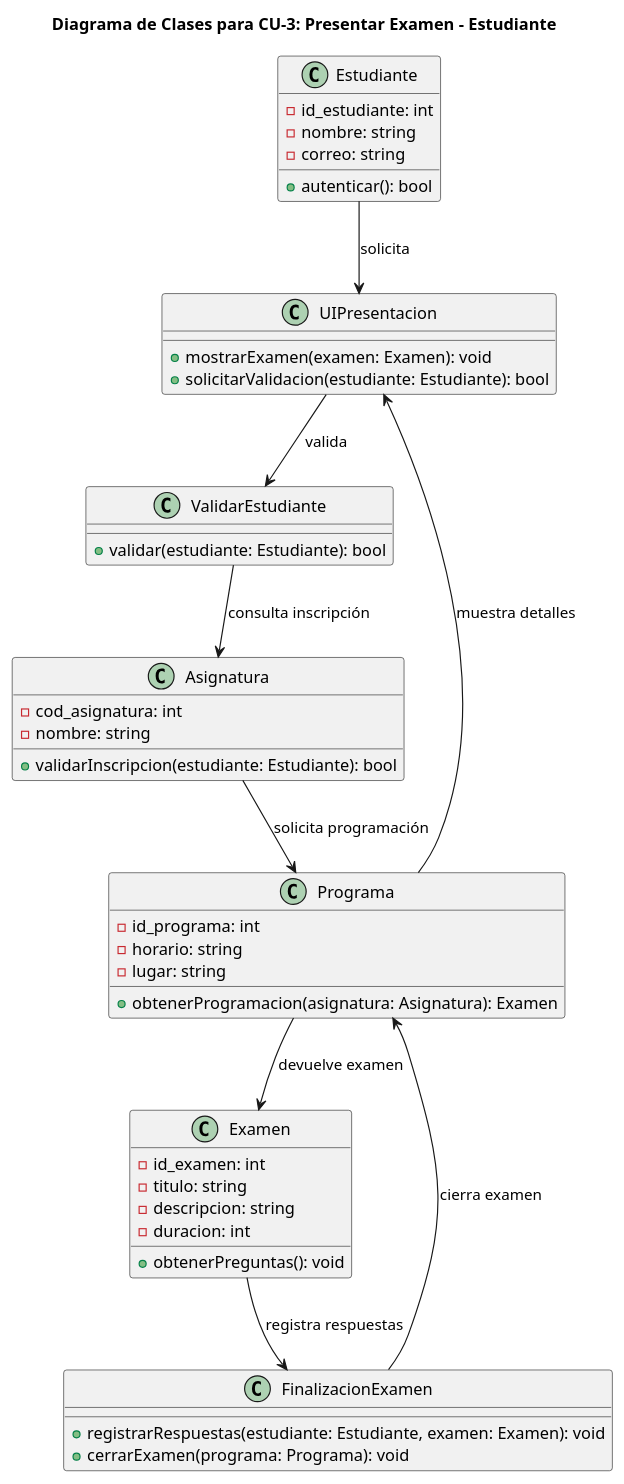
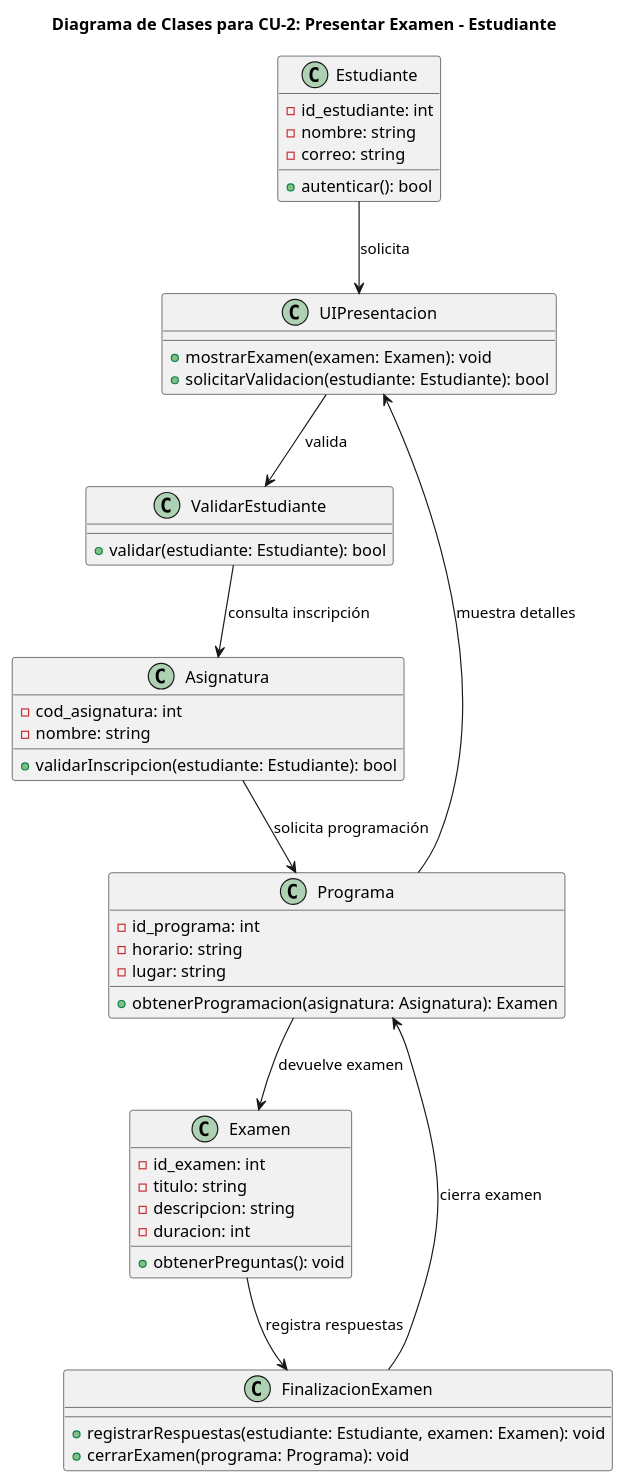
The diagram in Diagramas/DCS_CU2_presentar_examen_estudiante.wsd (EdwinGuevarahub/Ingenieria-de-software-I), drawn with PlantUML before and after one commit. The commit also changed 1 other file, not shown here.

```diff
--- a/Diagramas/DCS_CU2_presentar_examen_estudiante.wsd
+++ b/Diagramas/DCS_CU2_presentar_examen_estudiante.wsd
@@ -1,54 +1,54 @@
 @startuml CU2
-title Diagrama de Clases para CU-3: Presentar Examen - Estudiante
+title Diagrama de Clases para CU-2: Presentar Examen - Estudiante
 
 class Estudiante {
     - id_estudiante: int
     - nombre: string
     - correo: string
     + autenticar(): bool
 }
 
 class UIPresentacion {
     + mostrarExamen(examen: Examen): void
     + solicitarValidacion(estudiante: Estudiante): bool
 }
 
 class ValidarEstudiante {
     + validar(estudiante: Estudiante): bool
 }
 
 class Asignatura {
     - cod_asignatura: int
     - nombre: string
     + validarInscripcion(estudiante: Estudiante): bool
 }
 
 class Programa {
     - id_programa: int
     - horario: string
     - lugar: string
     + obtenerProgramacion(asignatura: Asignatura): Examen
 }
 
 class Examen {
     - id_examen: int
     - titulo: string
     - descripcion: string
     - duracion: int
     + obtenerPreguntas(): void
 }
 
 class FinalizacionExamen {
     + registrarRespuestas(estudiante: Estudiante, examen: Examen): void
     + cerrarExamen(programa: Programa): void
 }
 
 Estudiante --> UIPresentacion : solicita
 UIPresentacion --> ValidarEstudiante : valida
 ValidarEstudiante --> Asignatura : consulta inscripción
 Asignatura --> Programa : solicita programación
 Programa --> Examen : devuelve examen
 Programa --> UIPresentacion : muestra detalles
 Examen --> FinalizacionExamen : registra respuestas
 FinalizacionExamen --> Programa : cierra examen
 @enduml
```
